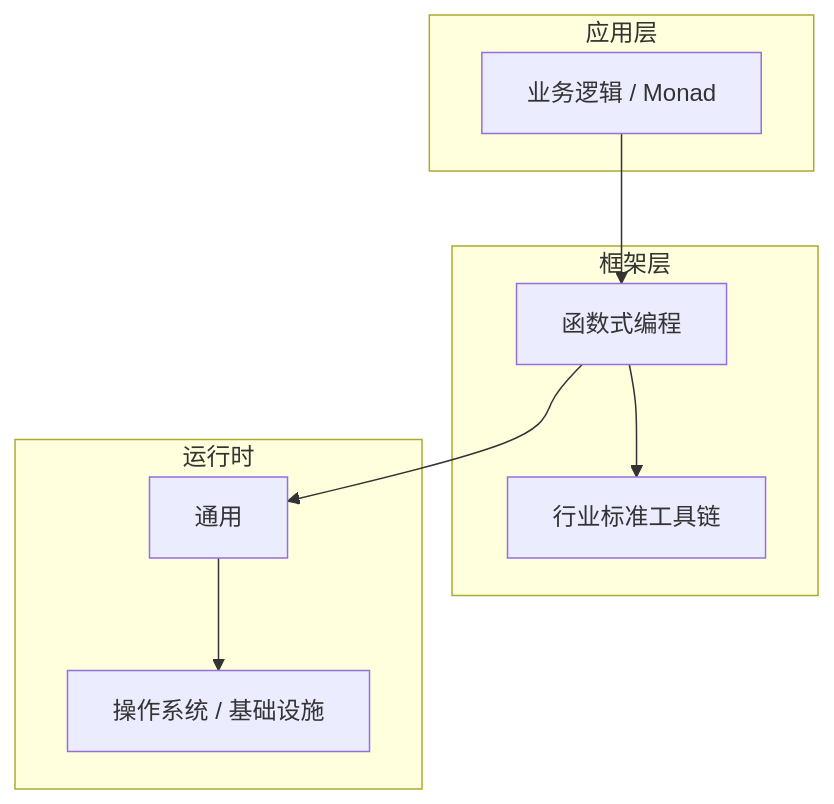
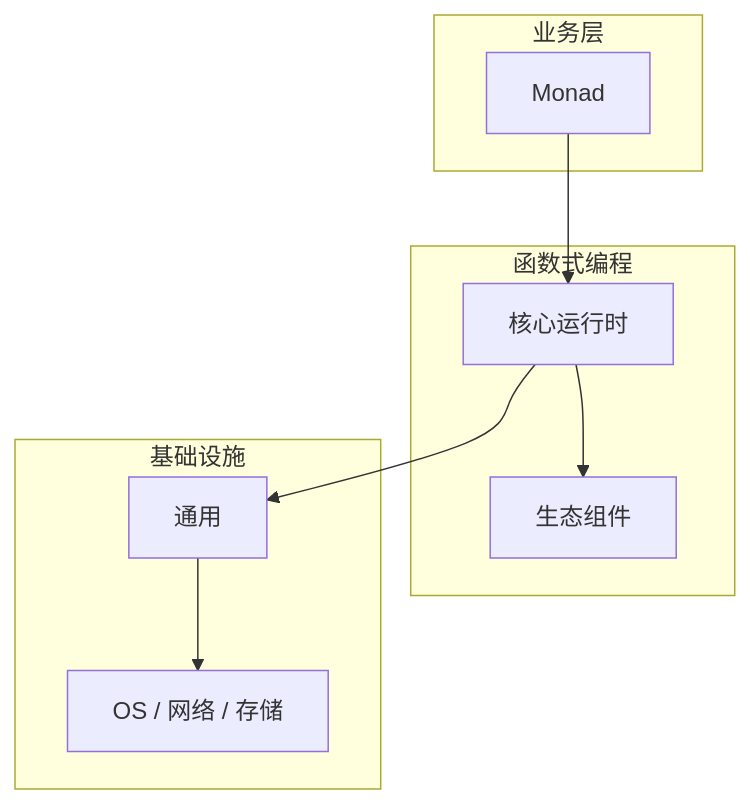
The diagram in articles/函数式编程/chapters/046-Monad核心概念与原理.md (yanggan2015/knowledge-json-v2), drawn with Mermaid before and after one commit. The commit also changed other lines of this file and 10127 other files, not shown here.

````diff
--- a/articles/函数式编程/chapters/046-Monad核心概念与原理.md
+++ b/articles/函数式编程/chapters/046-Monad核心概念与原理.md
@@ -45,18 +34,18 @@
 ```mermaid
 graph TB
-    subgraph 应用层
-        A[业务逻辑 / Monad]
+    subgraph 业务层
+        A[Monad]
     end
-    subgraph 框架层
-        B[函数式编程]
-        C[行业标准工具链]
+    subgraph 函数式编程
+        B[核心运行时]
+        C[生态组件]
     end
-    subgraph 运行时
+    subgraph 基础设施
         D[通用]
-        E[操作系统 / 基础设施]
+        E[OS / 网络 / 存储]
     end
     A --> B
     B --> C
     B --> D
     D --> E
 ```
````
